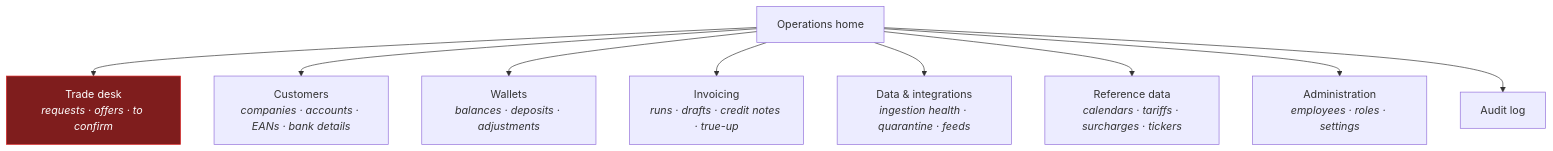
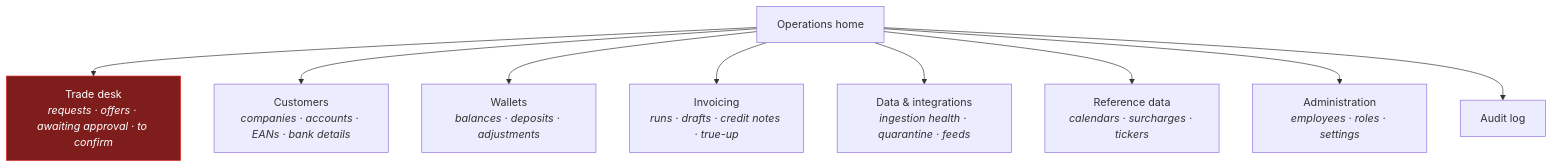
The diagram in specs/10-features/F12-employee-back-office.md (lukastosic-ifd/peakpowerspecs), drawn with Mermaid before and after one commit. The commit also changed other lines of this file and 43 other files, not shown here.

````diff
--- a/specs/10-features/F12-employee-back-office.md
+++ b/specs/10-features/F12-employee-back-office.md
@@ -21,15 +21,15 @@
 ```mermaid
 flowchart TB
     HOME["Operations home"]
-    HOME --> DESK["Trade desk<br/><i>requests · offers · to confirm</i>"]
+    HOME --> DESK["Trade desk<br/><i>requests · offers · awaiting approval · to confirm</i>"]
     HOME --> CUST["Customers<br/><i>companies · accounts · EANs · bank details</i>"]
     HOME --> WAL["Wallets<br/><i>balances · deposits · adjustments</i>"]
     HOME --> INV["Invoicing<br/><i>runs · drafts · credit notes · true-up</i>"]
     HOME --> DATA["Data & integrations<br/><i>ingestion health · quarantine · feeds</i>"]
-    HOME --> REF["Reference data<br/><i>calendars · tariffs · surcharges · tickers</i>"]
+    HOME --> REF["Reference data<br/><i>calendars · surcharges · tickers</i>"]
     HOME --> ADMIN["Administration<br/><i>employees · roles · settings</i>"]
     HOME --> AUDIT["Audit log"]
 
     classDef hot fill:#7f1d1d,stroke:#dc2626,color:#fff
     class DESK hot
 ```
````
